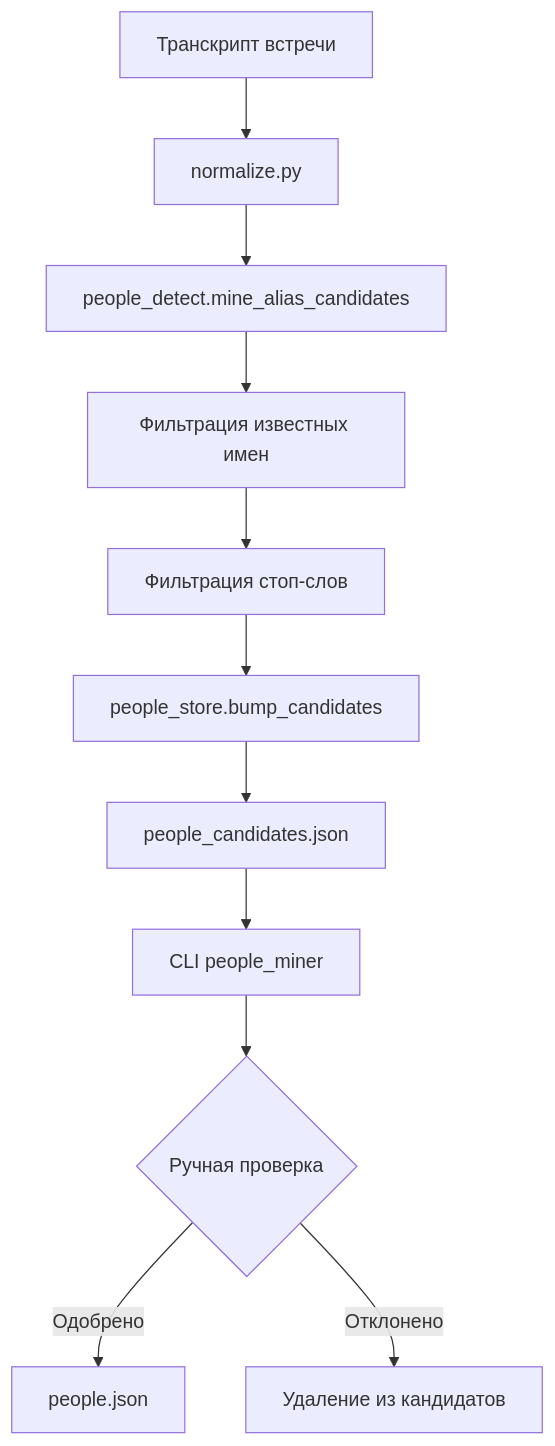
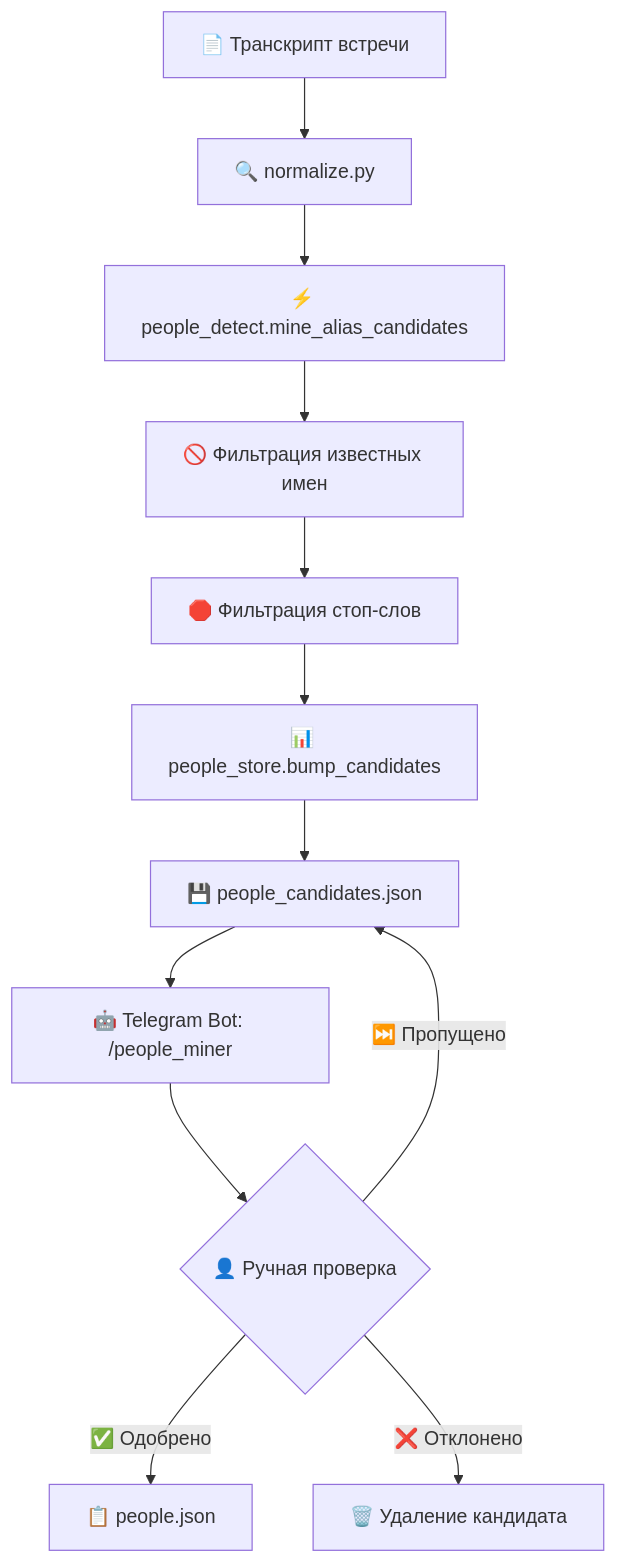
The diagram in docs/people_management.md (ValentinDobrynin/Meet-Commit), drawn with Mermaid before and after one commit. The commit also changed other lines of this file and 36 other files, not shown here.

````diff
--- a/docs/people_management.md
+++ b/docs/people_management.md
@@ -29,14 +34,15 @@
 ```mermaid
 graph TD
-    A[Транскрипт встречи] --> B[normalize.py]
-    B --> C[people_detect.mine_alias_candidates]
-    C --> D[Фильтрация известных имен]
-    D --> E[Фильтрация стоп-слов]
-    E --> F[people_store.bump_candidates]
-    F --> G[people_candidates.json]
+    A[📄 Транскрипт встречи] --> B[🔍 normalize.py]
+    B --> C[⚡ people_detect.mine_alias_candidates]
+    C --> D[🚫 Фильтрация известных имен]
+    D --> E[🛑 Фильтрация стоп-слов]
+    E --> F[📊 people_store.bump_candidates]
+    F --> G[💾 people_candidates.json]
     
-    G --> H[CLI people_miner]
-    H --> I{Ручная проверка}
-    I -->|Одобрено| J[people.json]
-    I -->|Отклонено| K[Удаление из кандидатов]
+    G --> H[🤖 Telegram Bot: /people_miner]
+    H --> I{👤 Ручная проверка}
+    I -->|✅ Одобрено| J[📋 people.json]
+    I -->|❌ Отклонено| K[🗑️ Удаление кандидата]
+    I -->|⏭️ Пропущено| G
 ```
````
